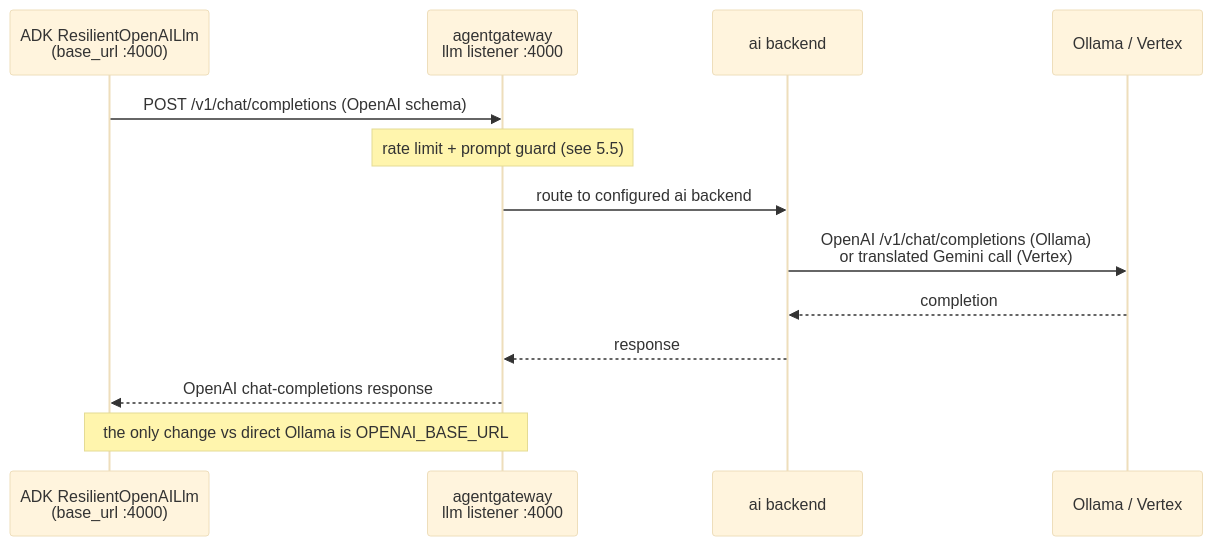
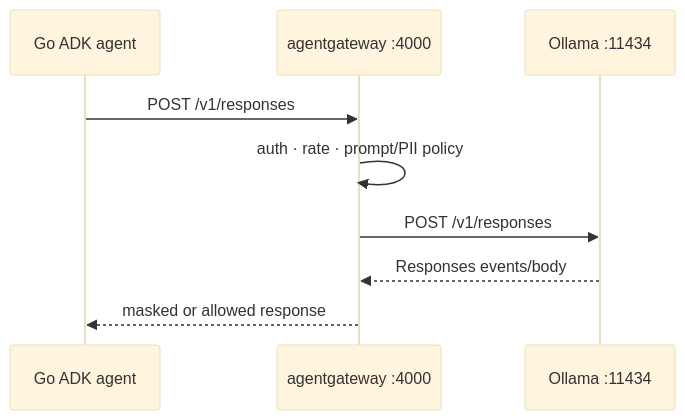
Before and after one commit to LuiGGi629/agentops-open-course: the diagram in content/5. Gateway/5.4. Model Gateway.md, drawn with Mermaid (base theme). The commit also changed other lines of this file and 87 other files, not shown here.

````diff
--- a/content/5. Gateway/5.4. Model Gateway.md
+++ b/content/5. Gateway/5.4. Model Gateway.md
@@ -88,15 +55,11 @@
 ```mermaid
 sequenceDiagram
-    participant A as ADK ResilientOpenAILlm<br/>(base_url :4000)
-    participant G as agentgateway<br/>llm listener :4000
-    participant B as ai backend
-    participant M as Ollama / Vertex
-    A->>G: POST /v1/chat/completions (OpenAI schema)
-    Note over G: rate limit + prompt guard (see 5.5)
-    G->>B: route to configured ai backend
-    B->>M: OpenAI /v1/chat/completions (Ollama)<br/>or translated Gemini call (Vertex)
-    M-->>B: completion
-    B-->>G: response
-    G-->>A: OpenAI chat-completions response
-    Note over A,G: the only change vs direct Ollama is OPENAI_BASE_URL
+    participant Agent as Go ADK agent
+    participant Gateway as agentgateway :4000
+    participant Ollama as Ollama :11434
+    Agent->>Gateway: POST /v1/responses
+    Gateway->>Gateway: auth · rate · prompt/PII policy
+    Gateway->>Ollama: POST /v1/responses
+    Ollama-->>Gateway: Responses events/body
+    Gateway-->>Agent: masked or allowed response
 ```
````
